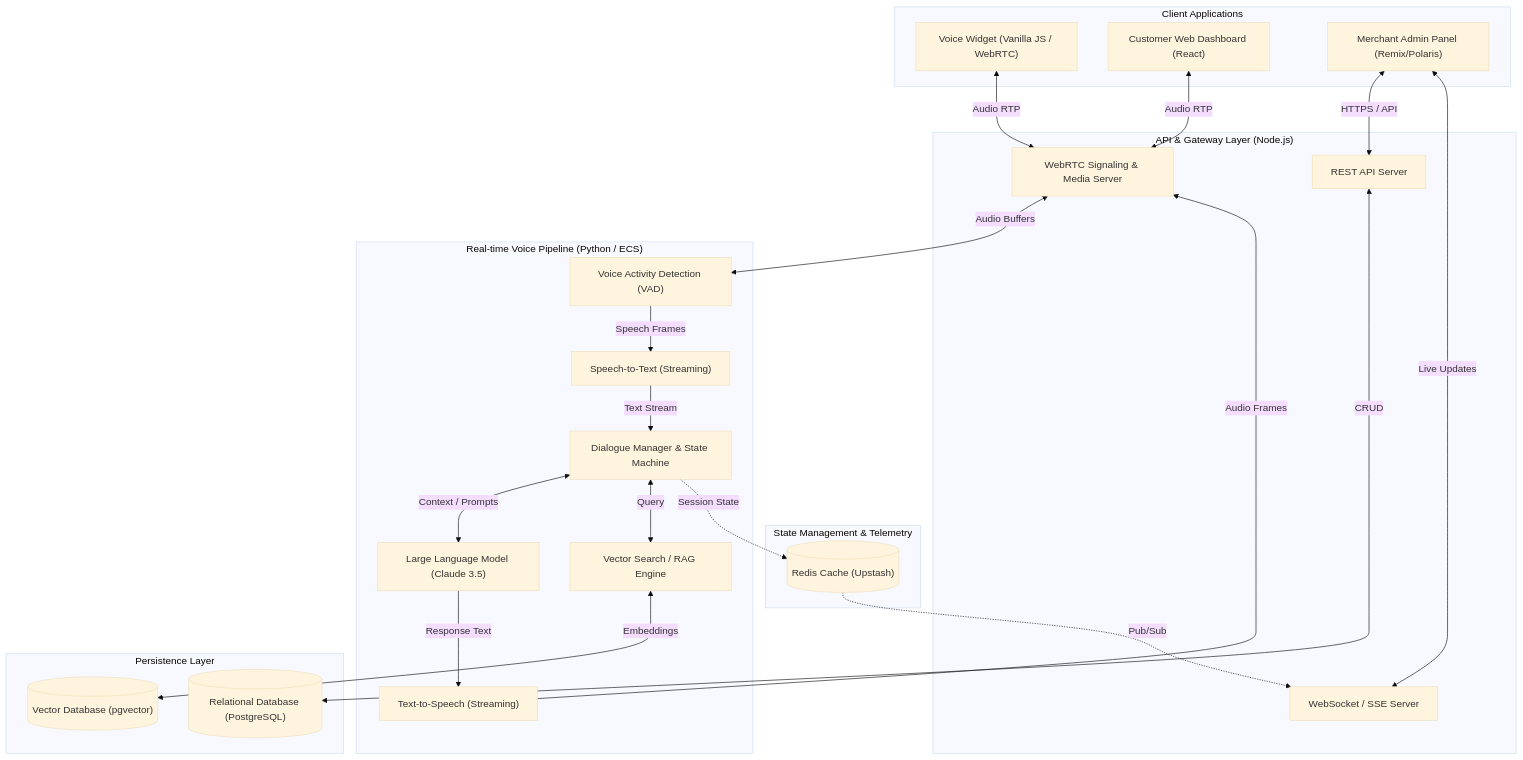
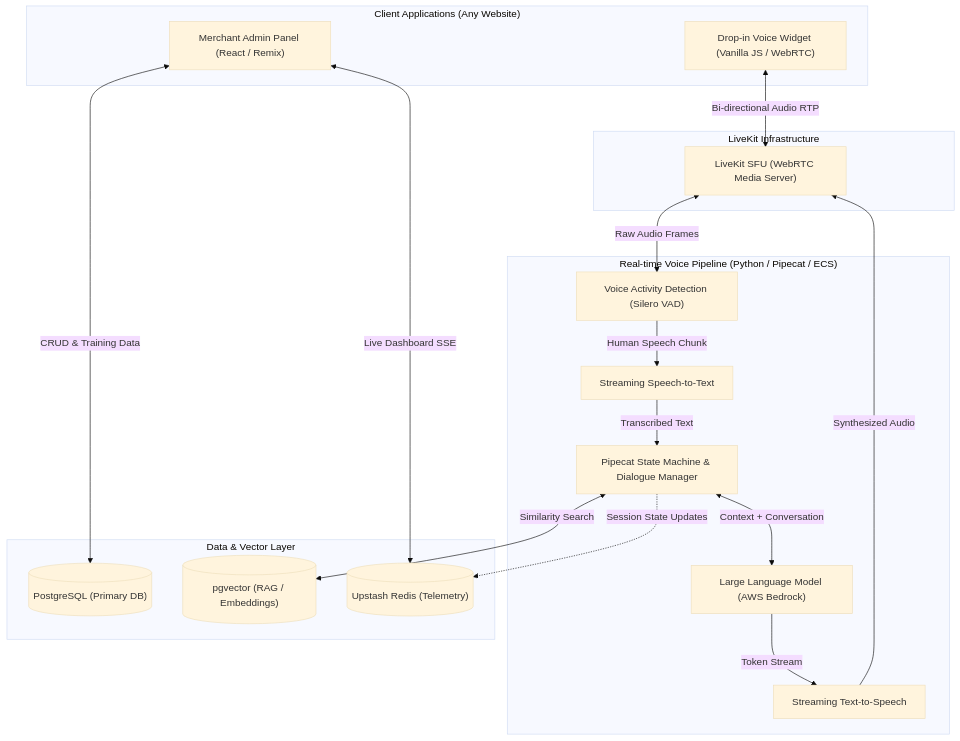
Before and after one commit to yugrpatel/shopkeeper-portfolio: the diagram in README.md, drawn with Mermaid (base theme). The commit also changed other lines of this file, not shown here.

Commit message:
Update README with deep architectural dive and LiveKit/Pipecat/RAG details

````diff
--- a/README.md
+++ b/README.md
@@ -25,60 +52,48 @@
 ```mermaid
 graph TD
     %% Client Layer
-    subgraph Clients["Client Applications"]
-        VW["Voice Widget (Vanilla JS / WebRTC)"]
-        CD["Customer Web Dashboard (React)"]
-        MA["Merchant Admin Panel (Remix/Polaris)"]
+    subgraph Client ["Client Applications (Any Website)"]
+        VW["Drop-in Voice Widget (Vanilla JS / WebRTC)"]
+        MD["Merchant Admin Panel (React / Remix)"]
     end
 
-    %% API & Gateway Layer
-    subgraph Gateway["API & Gateway Layer (Node.js)"]
-        REST["REST API Server"]
-        WS["WebSocket / SSE Server"]
-        RTC["WebRTC Signaling & Media Server"]
-    end
-
-    %% State & Message Broker
-    subgraph Cache["State Management & Telemetry"]
-        REDIS[("Redis Cache (Upstash)")]
+    %% WebRTC Media Layer
+    subgraph MediaServer ["LiveKit Infrastructure"]
+        LK["LiveKit SFU (WebRTC Media Server)"]
     end
 
     %% Real-time Voice Pipeline (Pipecat)
-    subgraph Pipeline["Real-time Voice Pipeline (Python / ECS)"]
-        VAD["Voice Activity Detection (VAD)"]
-        STT["Speech-to-Text (Streaming)"]
-        AGENT["Dialogue Manager & State Machine"]
-        LLM["Large Language Model (Claude 3.5)"]
-        TTS["Text-to-Speech (Streaming)"]
-        RAG["Vector Search / RAG Engine"]
+    subgraph Pipeline ["Real-time Voice Pipeline (Python / Pipecat / ECS)"]
+        VAD["Voice Activity Detection (Silero VAD)"]
+        STT["Streaming Speech-to-Text"]
+        AGENT["Pipecat State Machine & Dialogue Manager"]
+        LLM["Large Language Model (AWS Bedrock)"]
+        TTS["Streaming Text-to-Speech"]
     end
 
-    %% Data Layer
-    subgraph Database["Persistence Layer"]
-        PG[("Relational Database (PostgreSQL)")]
-        VDB[("Vector Database (pgvector)")]
+    %% RAG & Database Layer
+    subgraph DataLayer ["Data & Vector Layer"]
+        PG[("PostgreSQL (Primary DB)")]
+        VDB[("pgvector (RAG / Embeddings)")]
+        REDIS[("Upstash Redis (Telemetry)")]
     end
 
     %% Connections - Client to Gateway
-    VW <-->|"Audio RTP"| RTC
-    CD <-->|"Audio RTP"| RTC
-    MA <-->|"HTTPS / API"| REST
-    MA <-->|"Live Updates"| WS
+    VW <-->|"Bi-directional Audio RTP"| LK
+    MD <-->|"Live Dashboard SSE"| REDIS
 
-    %% Gateway to Pipeline
-    RTC <-->|"Audio Buffers"| VAD
-    VAD -->|"Speech Frames"| STT
-    STT -->|"Text Stream"| AGENT
-    AGENT <-->|"Context / Prompts"| LLM
-    AGENT <-->|"Query"| RAG
-    LLM -->|"Response Text"| TTS
-    TTS -->|"Audio Frames"| RTC
+    %% LiveKit to Pipeline
+    LK <-->|"Raw Audio Frames"| VAD
+    VAD -->|"Human Speech Chunk"| STT
+    STT -->|"Transcribed Text"| AGENT
+    
+    %% AI & Data Routing
+    AGENT <-->|"Similarity Search"| VDB
+    AGENT <-->|"Context + Conversation"| LLM
+    LLM -->|"Token Stream"| TTS
+    TTS -->|"Synthesized Audio"| LK
 
-    %% Telemetry & State
-    AGENT -.->|"Session State"| REDIS
-    REDIS -.->|"Pub/Sub"| WS
-
-    %% Data Persistence
-    REST <-->|"CRUD"| PG
-    RAG <-->|"Embeddings"| VDB
+    %% State & Persistence
+    AGENT -.->|"Session State Updates"| REDIS
+    MD <-->|"CRUD & Training Data"| PG
 ```
````
